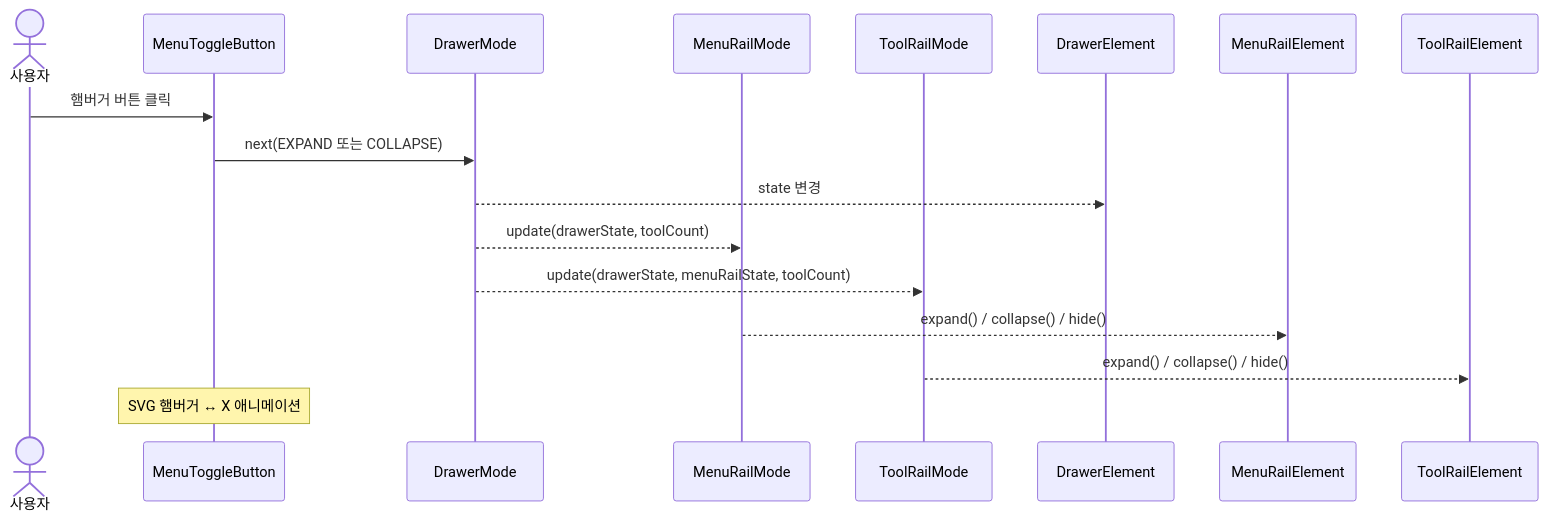
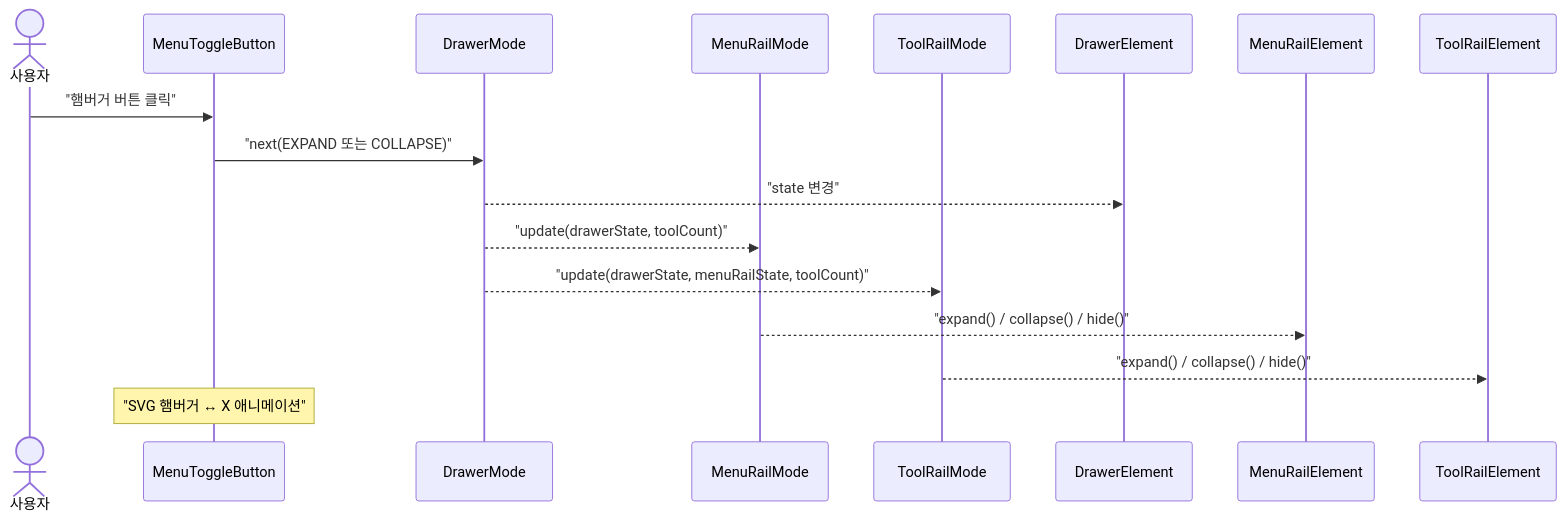
The fourth of 7 diagrams in shell-ui/USECASE.md (sayaya1090/handbook), drawn with Mermaid before and after one commit. The commit also changed other lines of this file and 22 other files, not shown here.

First line of the commit message:
docs: Mermaid 다이어그램 렌더링 오류 수정을 위한 구문 전수 교정

````diff
--- a/shell-ui/USECASE.md
+++ b/shell-ui/USECASE.md
@@ -80,20 +80,20 @@
 ```mermaid
 sequenceDiagram
     actor User as 사용자
     participant Btn as MenuToggleButton
     participant DM as DrawerMode
     participant MRM as MenuRailMode
     participant TRM as ToolRailMode
     participant DE as DrawerElement
     participant MRE as MenuRailElement
     participant TRE as ToolRailElement
 
-    User->>Btn: 햄버거 버튼 클릭
-    Btn->>DM: next(EXPAND 또는 COLLAPSE)
-    DM-->>DE: state 변경
-    DM-->>MRM: update(drawerState, toolCount)
-    DM-->>TRM: update(drawerState, menuRailState, toolCount)
-    MRM-->>MRE: expand() / collapse() / hide()
-    TRM-->>TRE: expand() / collapse() / hide()
-    Note over Btn: SVG 햄버거 ↔ X 애니메이션
+    User->>Btn: "햄버거 버튼 클릭"
+    Btn->>DM: "next(EXPAND 또는 COLLAPSE)"
+    DM-->>DE: "state 변경"
+    DM-->>MRM: "update(drawerState, toolCount)"
+    DM-->>TRM: "update(drawerState, menuRailState, toolCount)"
+    MRM-->>MRE: "expand() / collapse() / hide()"
+    TRM-->>TRE: "expand() / collapse() / hide()"
+    Note over Btn: "SVG 햄버거 ↔ X 애니메이션"
 ```
````
